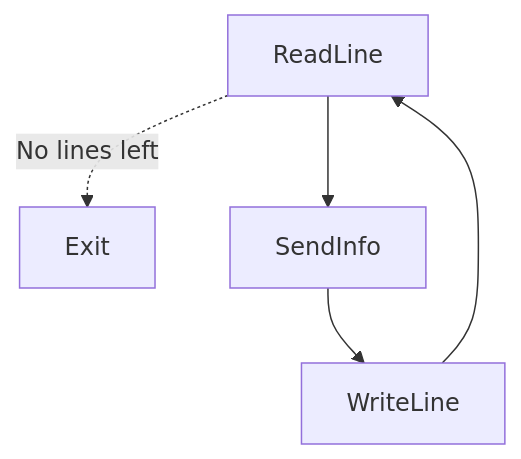
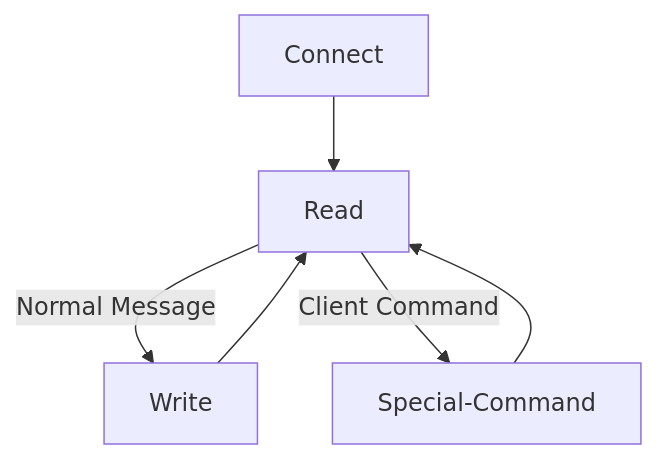
Before and after one commit to bananabajanana/KNNClassifier3.0: the second of 2 diagrams in readme.md, drawn with Mermaid. The commit also changed other lines of this file and 1 other file, not shown here.

````diff
--- a/readme.md
+++ b/readme.md
@@ -153,8 +317,6 @@
 ```mermaid
 graph TD;
-    ReadLine-.No lines left.->Exit;
-    ReadLine-->SendInfo;
-    SendInfo-->WriteLine;
-    WriteLine-->ReadLine;
+    Connect-->Read--Normal Message-->Write-->Read;
+    Read--Client Command-->Special-Command-->Read;
     
 ```
````
